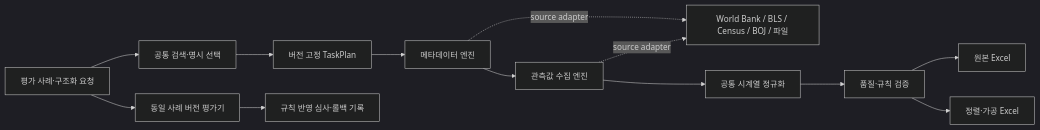
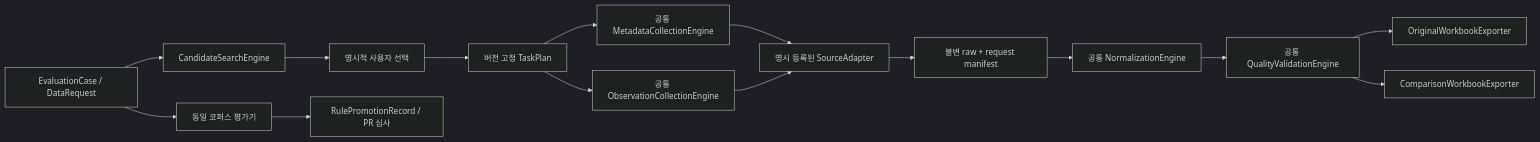
One commit to jaeu983-lang/MacroAtlas changed the diagram in docs/PRODUCT_EVALUATION_ENGINE_PLAN.md. Above: the diagram before and after it, drawn with Mermaid (dark theme). The commit also changed other lines of this file and 6 other files, not shown here.

````diff
--- a/docs/PRODUCT_EVALUATION_ENGINE_PLAN.md
+++ b/docs/PRODUCT_EVALUATION_ENGINE_PLAN.md
@@ -19,15 +29,17 @@
 ```mermaid
 flowchart LR
-    CASE[평가 사례·구조화 요청] --> SEARCH[공통 검색·명시 선택]
-    SEARCH --> PLAN[버전 고정 TaskPlan]
-    PLAN --> META[메타데이터 엔진]
-    META --> OBS[관측값 수집 엔진]
-    META -. source adapter .-> A[World Bank / BLS / Census / BOJ / 파일]
-    OBS -. source adapter .-> A
-    OBS --> NORM[공통 시계열 정규화]
-    NORM --> QA[품질·규칙 검증]
-    QA --> ORIG[원본 Excel]
-    QA --> COMP[정렬·가공 Excel]
-    CASE --> EVAL[동일 사례 버전 평가기]
-    EVAL --> GATE[규칙 반영 심사·롤백 기록]
+    CASE[EvaluationCase / DataRequest] --> SEARCH[CandidateSearchEngine]
+    SEARCH --> SELECT[명시적 사용자 선택]
+    SELECT --> PLAN[버전 고정 TaskPlan]
+    PLAN --> META[공통 MetadataCollectionEngine]
+    PLAN --> COLLECT[공통 ObservationCollectionEngine]
+    META --> ADAPTER[명시 등록된 SourceAdapter]
+    COLLECT --> ADAPTER
+    ADAPTER --> RAW[불변 raw + request manifest]
+    RAW --> NORMALIZE[공통 NormalizationEngine]
+    NORMALIZE --> QA[공통 QualityValidationEngine]
+    QA --> ORIGINAL[OriginalWorkbookExporter]
+    QA --> ALIGNED[ComparisonWorkbookExporter]
+    CASE --> EVAL[동일 코퍼스 평가기]
+    EVAL --> PROMOTION[RulePromotionRecord / PR 심사]
 ```
````
